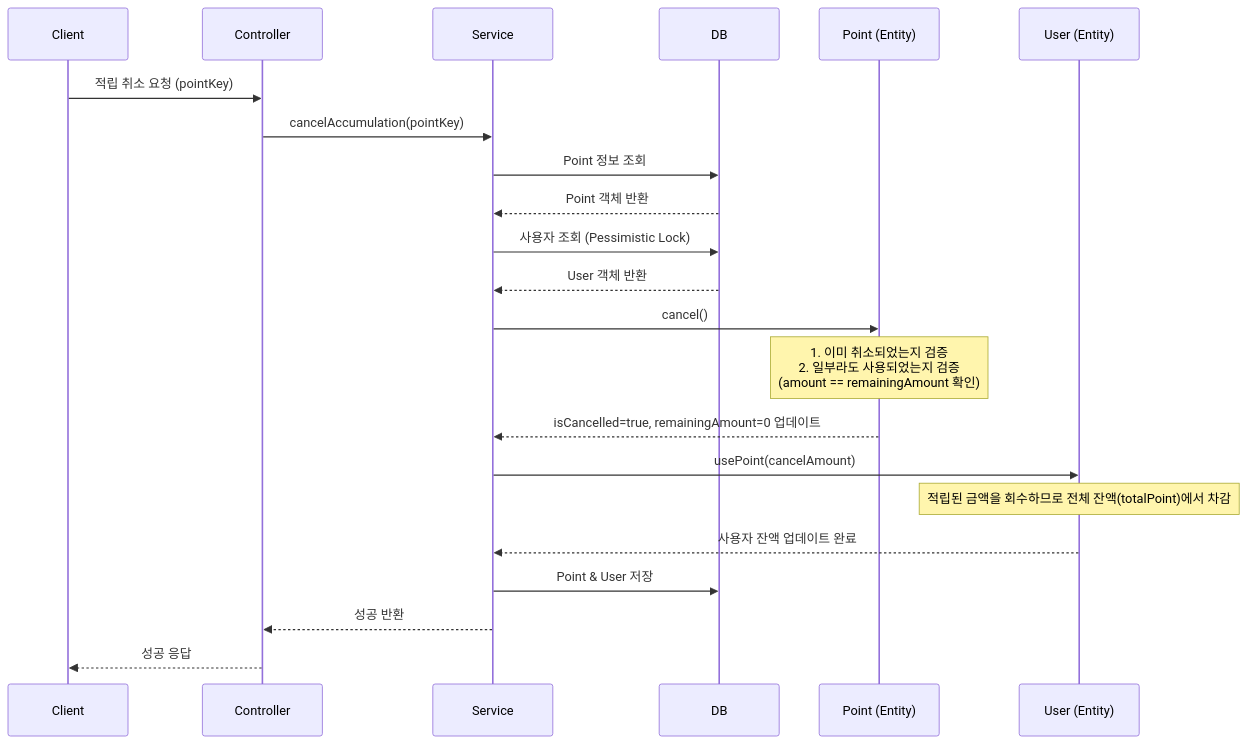
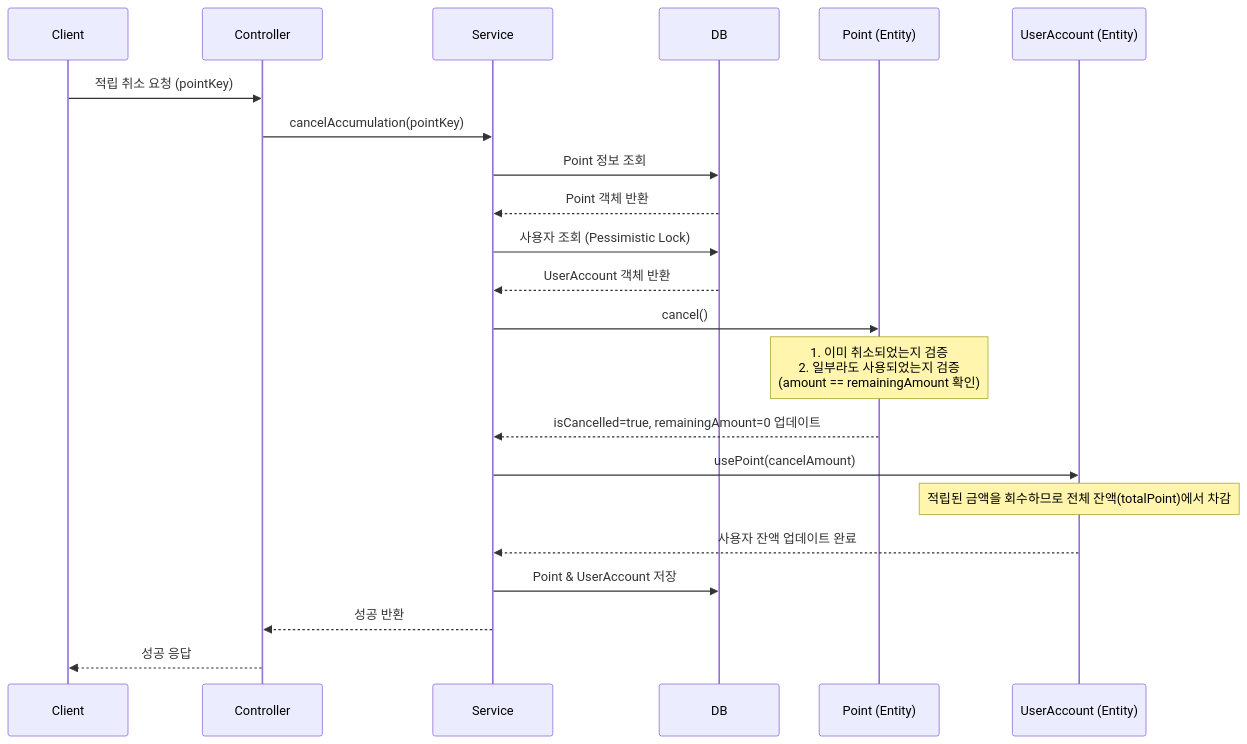
One commit to muzzaiwork/point changed the diagram in docs/api/적립 취소.md. Above: the diagram before and after it, drawn with Mermaid. The commit also changed other lines of this file and 15 other files, not shown here.

Commit message:
Rename User and UserRepository to UserAccount and UserAccountRepository

````diff
--- a/docs/api/적립 취소.md
+++ b/docs/api/적립 취소.md
@@ -52,29 +52,29 @@
 ```mermaid
 sequenceDiagram
     participant Client
     participant Controller
     participant Service
     participant DB
     participant PointEntity as Point (Entity)
-    participant UserEntity as User (Entity)
+    participant UserAccountEntity as UserAccount (Entity)
 
     Client->>Controller: 적립 취소 요청 (pointKey)
     Controller->>Service: cancelAccumulation(pointKey)
     Service->>DB: Point 정보 조회
     DB-->>Service: Point 객체 반환
     
     Service->>DB: 사용자 조회 (Pessimistic Lock)
-    DB-->>Service: User 객체 반환
+    DB-->>Service: UserAccount 객체 반환
     
     Service->>PointEntity: cancel()
     Note over PointEntity: 1. 이미 취소되었는지 검증<br/>2. 일부라도 사용되었는지 검증<br/>(amount == remainingAmount 확인)
     PointEntity-->>Service: isCancelled=true, remainingAmount=0 업데이트
     
-    Service->>UserEntity: usePoint(cancelAmount)
-    Note over UserEntity: 적립된 금액을 회수하므로 전체 잔액(totalPoint)에서 차감
-    UserEntity-->>Service: 사용자 잔액 업데이트 완료
+    Service->>UserAccountEntity: usePoint(cancelAmount)
+    Note over UserAccountEntity: 적립된 금액을 회수하므로 전체 잔액(totalPoint)에서 차감
+    UserAccountEntity-->>Service: 사용자 잔액 업데이트 완료
     
-    Service->>DB: Point & User 저장
+    Service->>DB: Point & UserAccount 저장
     Service-->>Controller: 성공 반환
     Controller-->>Client: 성공 응답
 ```
````
